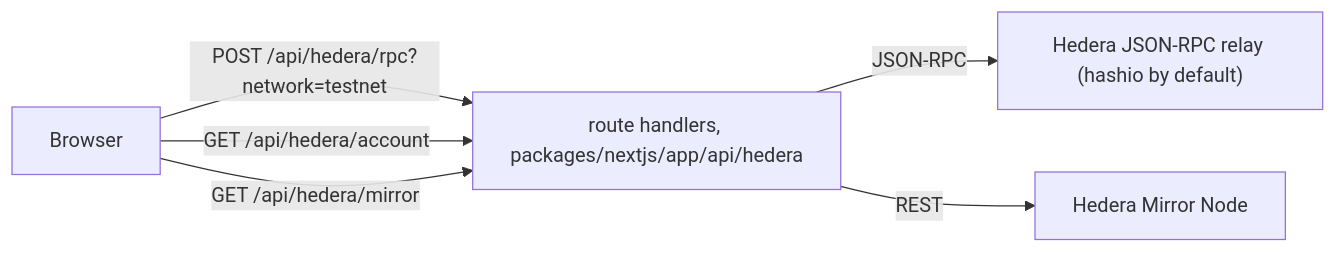
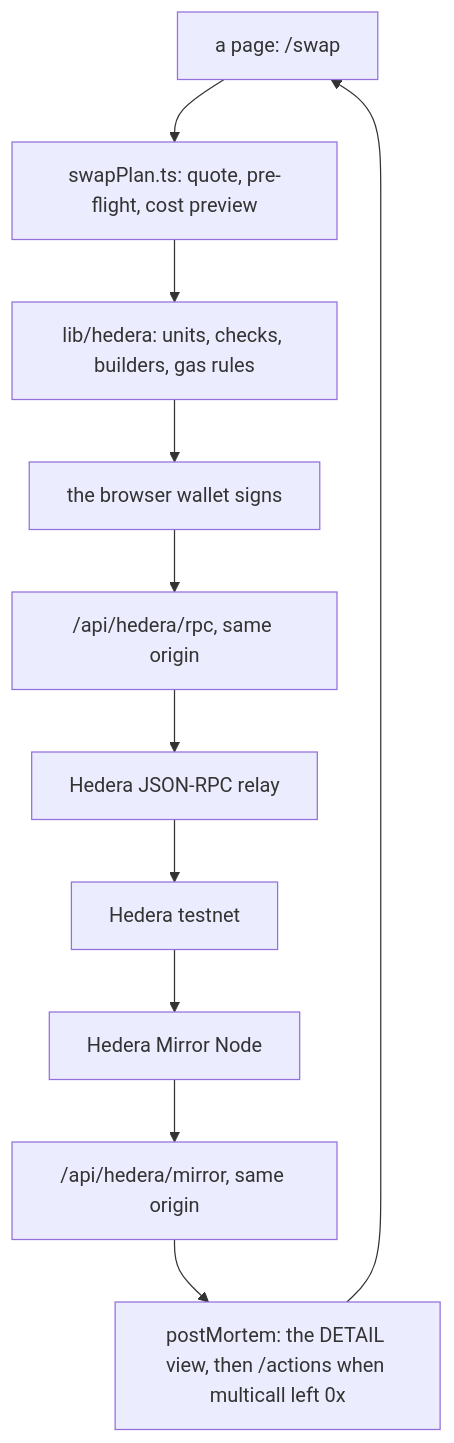
Before and after one commit to frytegg/scaffold-hbar-saucerswap-v2: the diagram in README.md, drawn with Mermaid. The commit also changed other lines of this file, not shown here.

````diff
--- a/README.md
+++ b/README.md
@@ -243,8 +90,13 @@
 ```mermaid
-flowchart LR
-  Browser -->|"POST /api/hedera/rpc?network=testnet"| Handlers["route handlers, packages/nextjs/app/api/hedera"]
-  Browser -->|"GET /api/hedera/account"| Handlers
-  Browser -->|"GET /api/hedera/mirror"| Handlers
-  Handlers -->|JSON-RPC| Relay["Hedera JSON-RPC relay (hashio by default)"]
-  Handlers -->|REST| Mirror["Hedera Mirror Node"]
+flowchart TD
+  Page["a page: /swap"] --> Plan["swapPlan.ts: quote, pre-flight, cost preview"]
+  Plan --> Lib["lib/hedera: units, checks, builders, gas rules"]
+  Lib --> Wallet["the browser wallet signs"]
+  Wallet --> Rpc["/api/hedera/rpc, same origin"]
+  Rpc --> Relay["Hedera JSON-RPC relay"]
+  Relay --> Network["Hedera testnet"]
+  Network --> Mirror["Hedera Mirror Node"]
+  Mirror --> MirrorRoute["/api/hedera/mirror, same origin"]
+  MirrorRoute --> Outcome["postMortem: the DETAIL view, then /actions when multicall left 0x"]
+  Outcome --> Page
 ```
````
